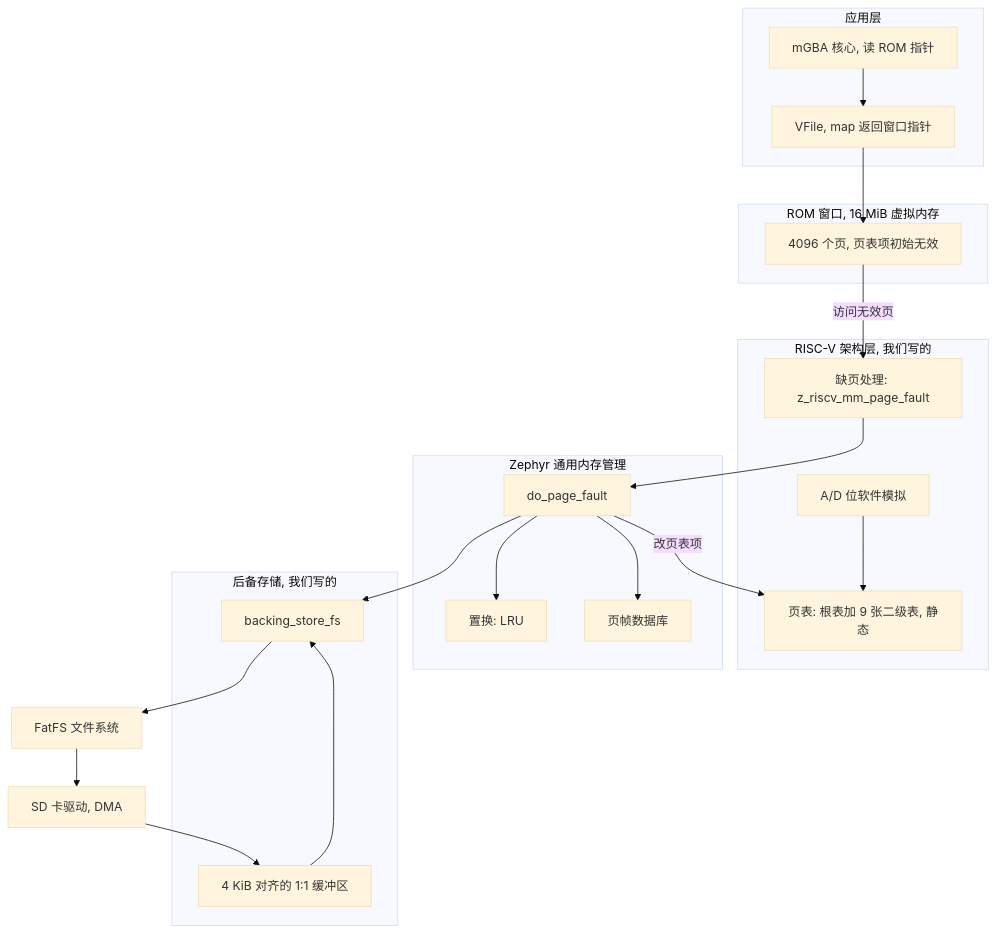
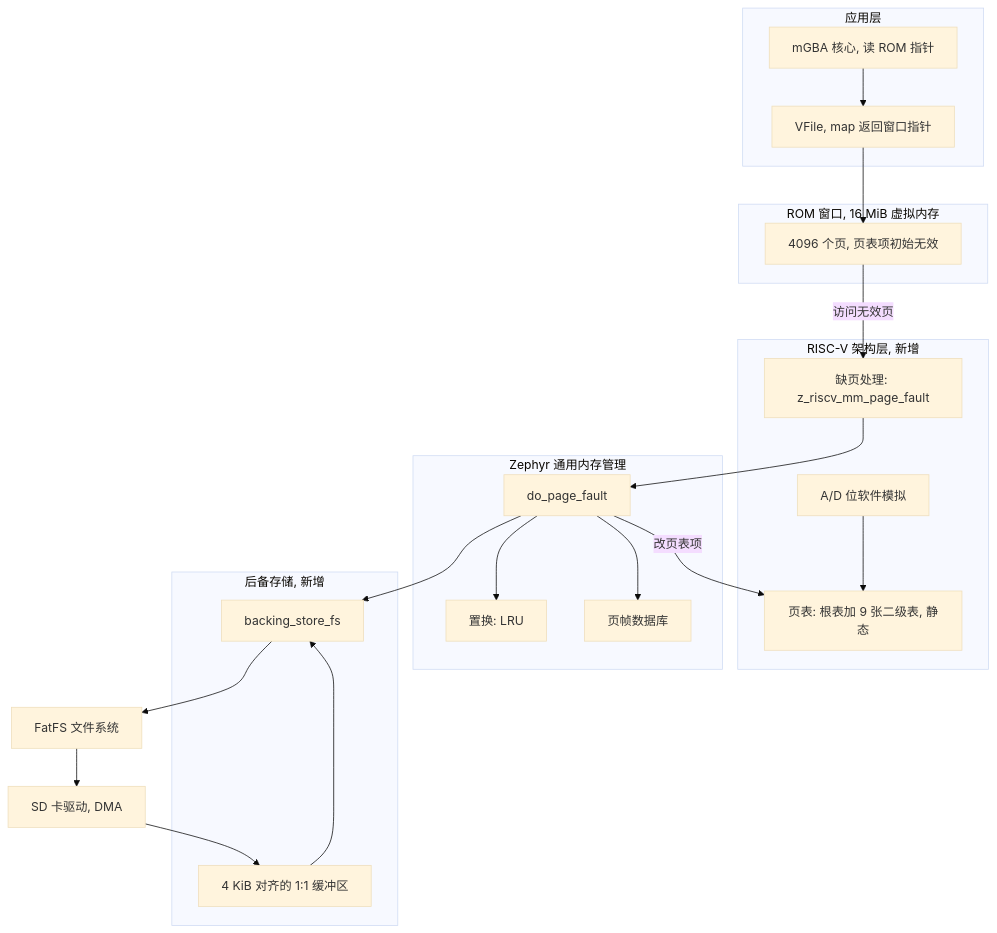
The fourth of 17 diagrams in source/_posts/2026-10-04-riscv-mmu-16m-rom.md (YuzukiTsuru/YuzukiTsuru.GitHub.io), drawn with Mermaid (base theme) before and after one commit. The commit also changed other lines of this file and 2 other files, not shown here.

````diff
--- a/source/_posts/2026-10-04-riscv-mmu-16m-rom.md
+++ b/source/_posts/2026-10-04-riscv-mmu-16m-rom.md
@@ -155,38 +155,38 @@
 ```mermaid
 flowchart TD
     subgraph APP["应用层"]
         G["mGBA 核心, 读 ROM 指针"]
         V["VFile, map 返回窗口指针"]
     end
     subgraph WIN["ROM 窗口, 16 MiB 虚拟内存"]
         W["4096 个页, 页表项初始无效"]
     end
-    subgraph ARCH["RISC-V 架构层, 我们写的"]
+    subgraph ARCH["RISC-V 架构层, 新增"]
         PT["页表: 根表加 9 张二级表, 静态"]
         FH["缺页处理: z_riscv_mm_page_fault"]
         AD["A/D 位软件模拟"]
     end
     subgraph KERNEL["Zephyr 通用内存管理"]
         DPF["do_page_fault"]
         EV["置换: LRU"]
         PFD["页帧数据库"]
     end
-    subgraph BS["后备存储, 我们写的"]
+    subgraph BS["后备存储, 新增"]
         BSF["backing_store_fs"]
         BUF["4 KiB 对齐的 1:1 缓冲区"]
     end
     FS["FatFS 文件系统"]
     SD["SD 卡驱动, DMA"]
 
     G --> V --> W
     W -->|"访问无效页"| FH
     FH --> DPF
     DPF --> EV
     DPF --> PFD
     DPF --> BSF
     BSF --> FS --> SD
     SD --> BUF
     BUF --> BSF
     DPF -->|"改页表项"| PT
     AD --> PT
 ```
````
